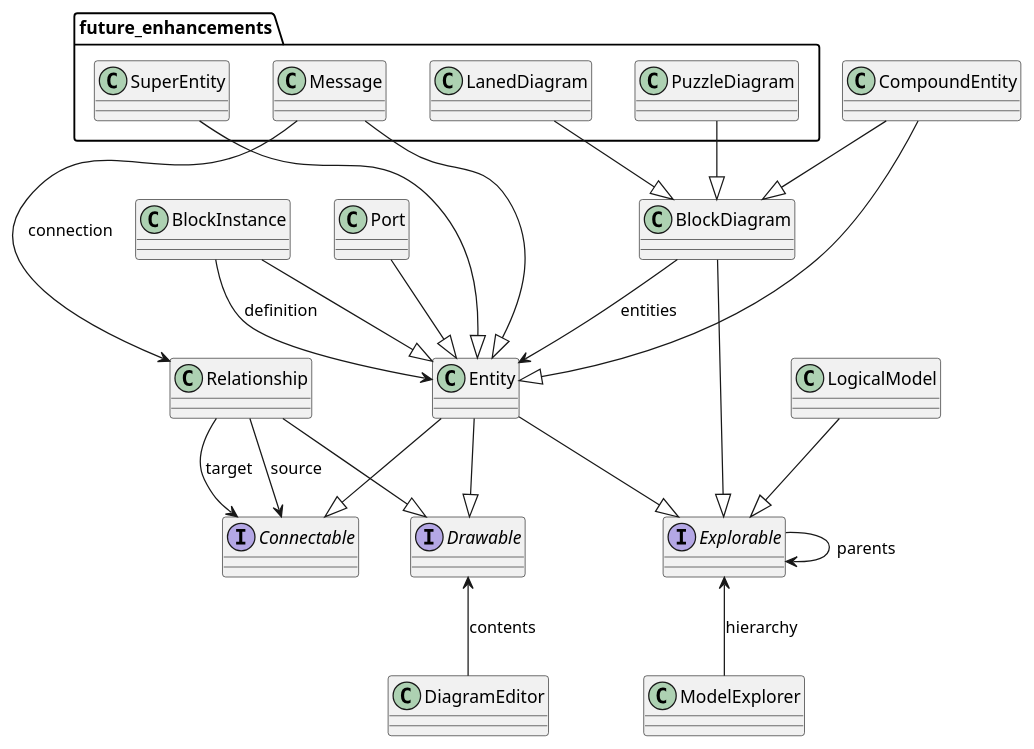
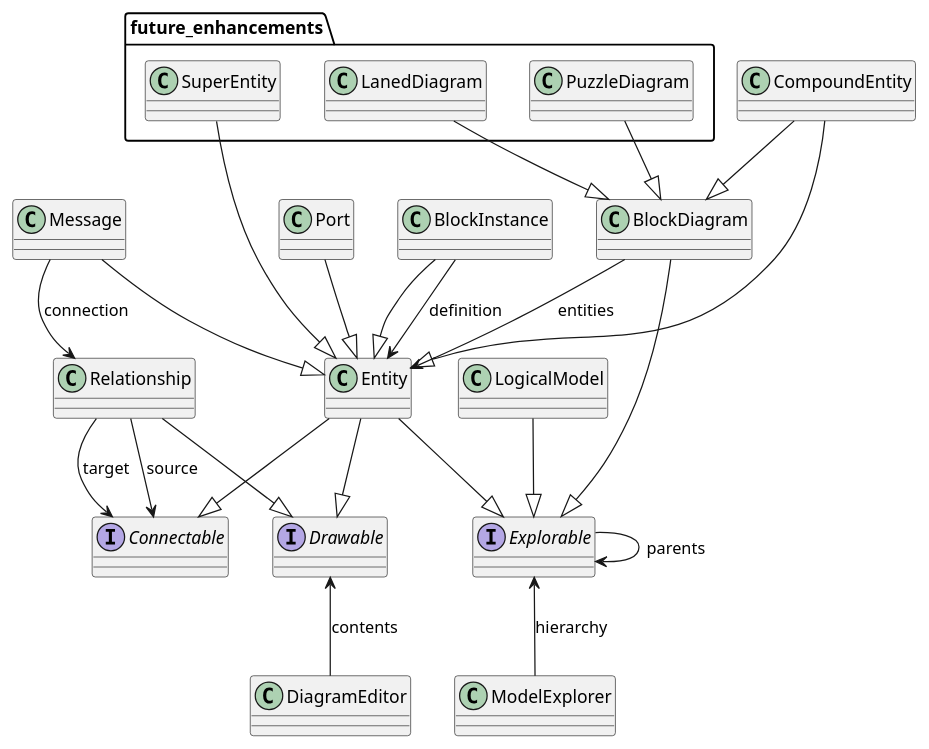
Before and after one commit to evertvandew/dsmgen: the sixth of 6 diagrams in doc/diagrams.plantuml, drawn with PlantUML. The commit also changed 4 other files, not shown here.

Commit message:
Moved the plantuml out of the documentation and into their own document.

```diff
--- a/doc/diagrams.plantuml
+++ b/doc/diagrams.plantuml
@@ -134,41 +134,42 @@
 @startuml specification_design
 interface Explorable
 interface Drawable
 interface Connectable
 
 Explorable <-- ModelExplorer : hierarchy
 Explorable --> Explorable : parents
 
 Drawable <-- DiagramEditor : contents
 
 LogicalModel --|> Explorable
 
 Entity --|> Explorable
 Entity --|> Drawable
 Entity --|> Connectable
 
 BlockDiagram --|> Explorable
 BlockDiagram --> Entity : entities
 
 Port --|> Entity
 
 Relationship --> Connectable : source
 Relationship --> Connectable : target
 Relationship --|> Drawable
 
 CompoundEntity --|> Entity
 CompoundEntity --|> BlockDiagram
 
 BlockInstance --|> Entity
 BlockInstance --> Entity : definition
 
+Message --|> Entity
+Message --> Relationship : connection
+
 package future_enhancements {
-  Message --|> Entity
-  Message --> Relationship : connection
   
   SuperEntity --|> Entity
 
   LanedDiagram --|> BlockDiagram
   PuzzleDiagram --|> BlockDiagram
 }
 @enduml
```
